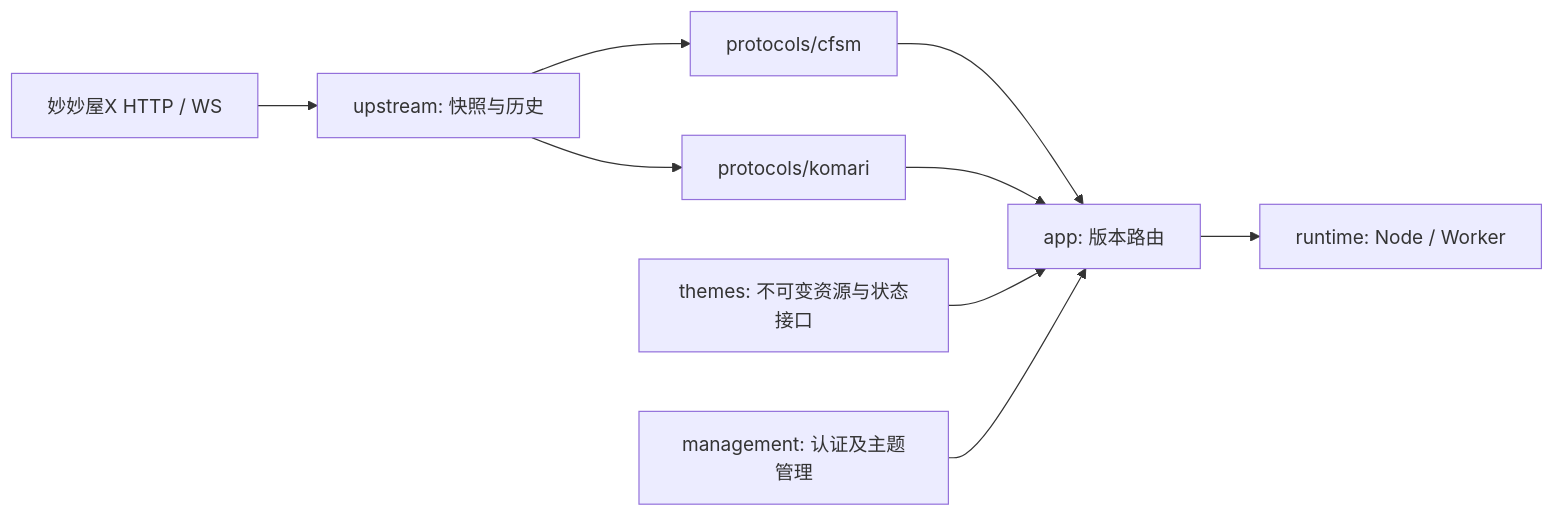
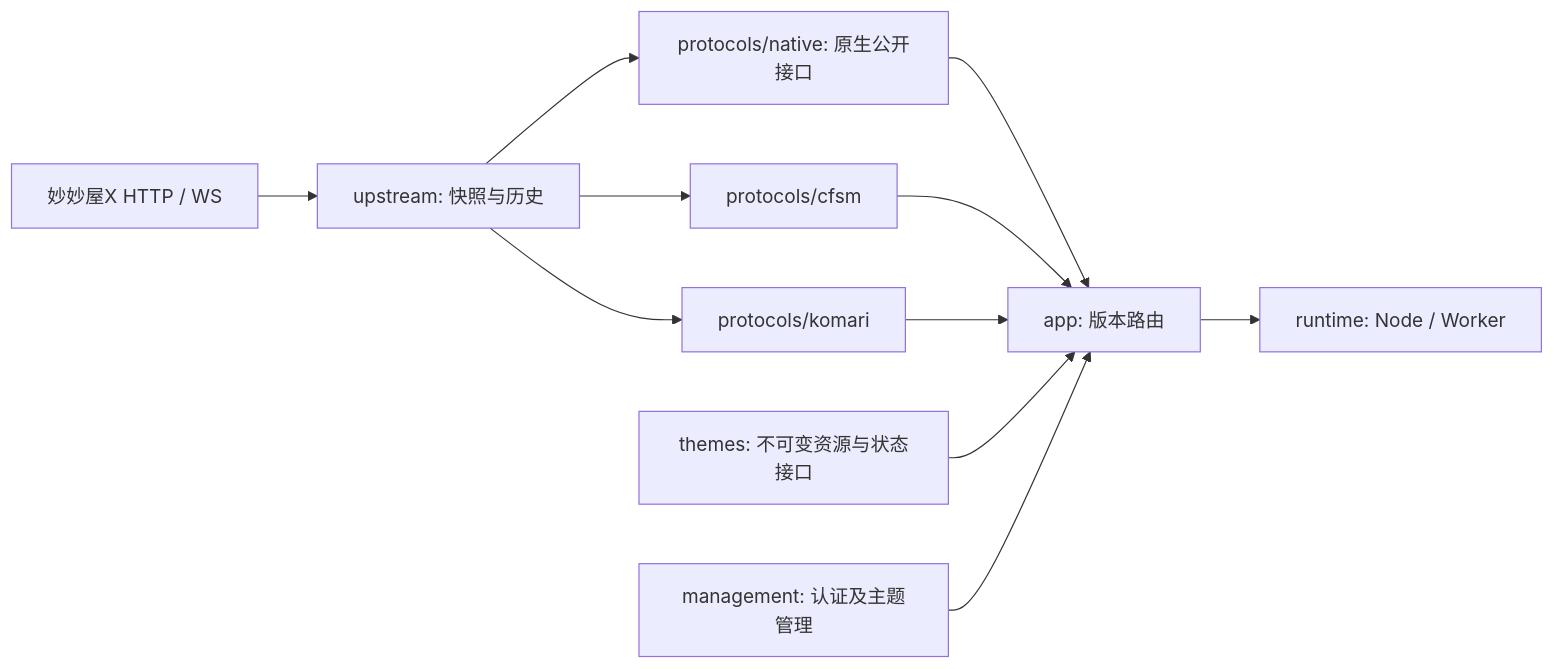
The diagram in docs/development/architecture.md (xinxingi/LeoBridge), drawn with Mermaid before and after one commit. The commit also changed other lines of this file and 35 other files, not shown here.

````diff
--- a/docs/development/architecture.md
+++ b/docs/development/architecture.md
@@ -7,11 +7,13 @@
 ```mermaid
 flowchart LR
   Source[妙妙屋X HTTP / WS] --> Upstream[upstream: 快照与历史]
+  Upstream --> Native[protocols/native: 原生公开接口]
+  Native --> Site
   Upstream --> CFSM[protocols/cfsm]
   Upstream --> Komari[protocols/komari]
   CFSM --> Site[app: 版本路由]
   Komari --> Site
   Themes[themes: 不可变资源与状态接口] --> Site
   Management[management: 认证及主题管理] --> Site
   Site --> Runtime[runtime: Node / Worker]
 ```
````
